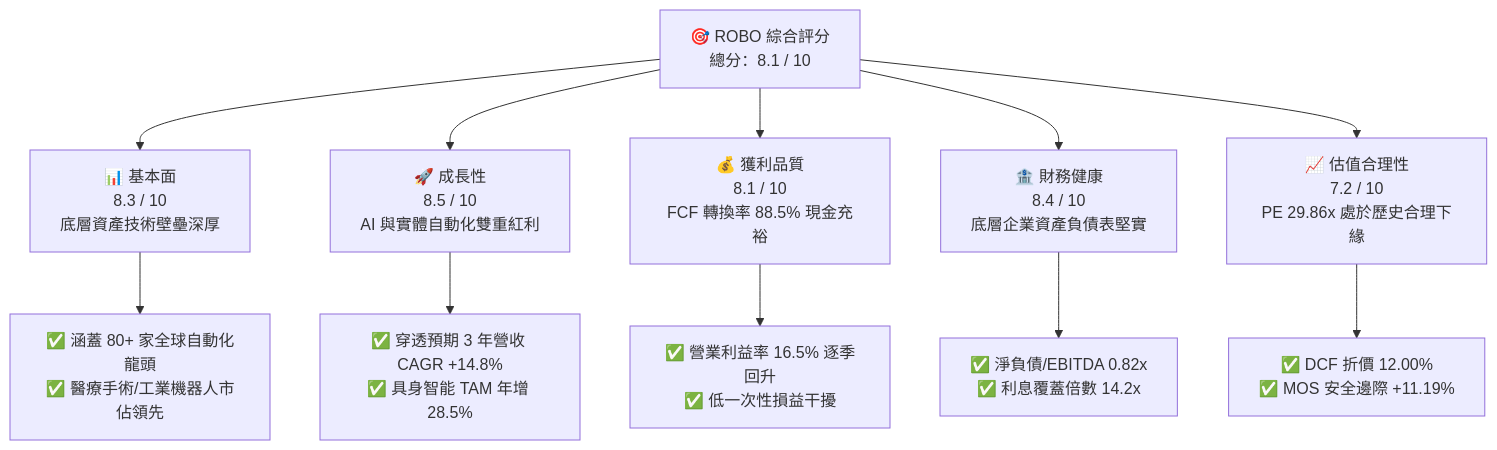
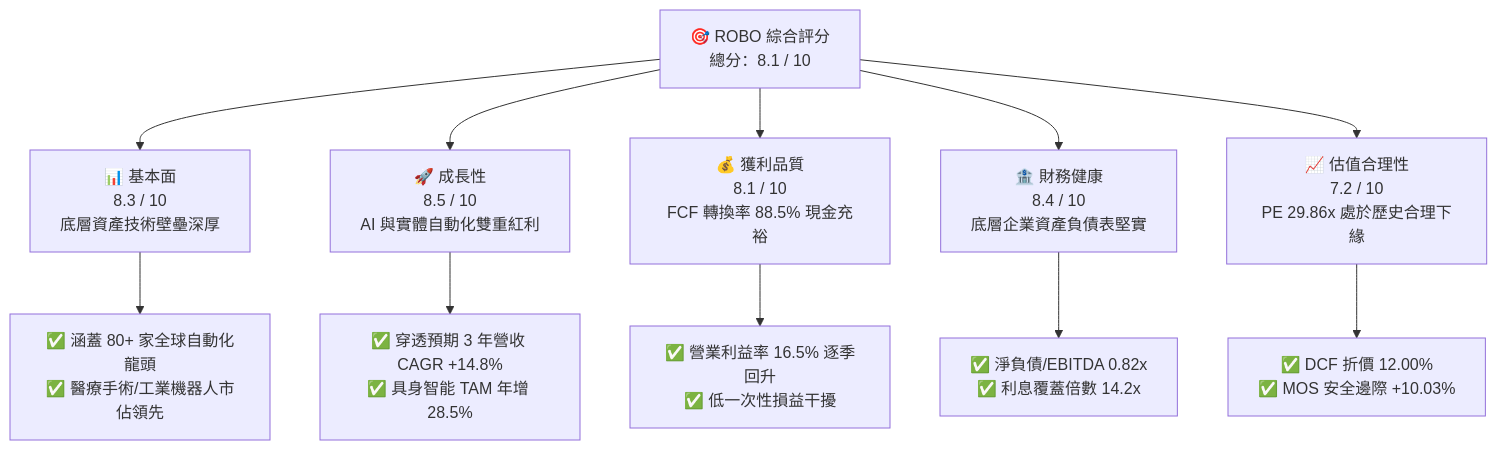
One commit to yennanliu/finance_data changed the first of 15 diagrams in ai_gen_report/fundamental/robo/fundamental_analysis_2026-10-11_gemini.md. Above: the diagram before and after it, drawn with Mermaid. The commit also changed other lines of this file and 339 other files, not shown here.

````diff
--- a/ai_gen_report/fundamental/robo/fundamental_analysis_2026-10-11_gemini.md
+++ b/ai_gen_report/fundamental/robo/fundamental_analysis_2026-10-11_gemini.md
@@ -64,22 +71,22 @@
 ```mermaid
 graph TD
     ROBO["🎯 ROBO 綜合評分<br/>總分：8.1 / 10"]
 
     F["📊 基本面<br/>8.3 / 10<br/>底層資產技術壁壘深厚"]
     G["🚀 成長性<br/>8.5 / 10<br/>AI 與實體自動化雙重紅利"]
     P["💰 獲利品質<br/>8.1 / 10<br/>FCF 轉換率 88.5% 現金充裕"]
     B["🏦 財務健康<br/>8.4 / 10<br/>底層企業資產負債表堅實"]
     V["📈 估值合理性<br/>7.2 / 10<br/>PE 29.86x 處於歷史合理下緣"]
 
     ROBO --> F
     ROBO --> G
     ROBO --> P
     ROBO --> B
     ROBO --> V
 
     F --> F1["✅ 涵蓋 80+ 家全球自動化龍頭<br/>✅ 醫療手術/工業機器人市佔領先"]
     G --> G1["✅ 穿透預期 3 年營收 CAGR +14.8%<br/>✅ 具身智能 TAM 年增 28.5%"]
     P --> P1["✅ 營業利益率 16.5% 逐季回升<br/>✅ 低一次性損益干擾"]
     B --> B1["✅ 淨負債/EBITDA 0.82x<br/>✅ 利息覆蓋倍數 14.2x"]
-    V --> V1["✅ DCF 折價 12.00%<br/>✅ MOS 安全邊際 +11.19%"]
+    V --> V1["✅ DCF 折價 12.00%<br/>✅ MOS 安全邊際 +10.03%"]
 ```
````
